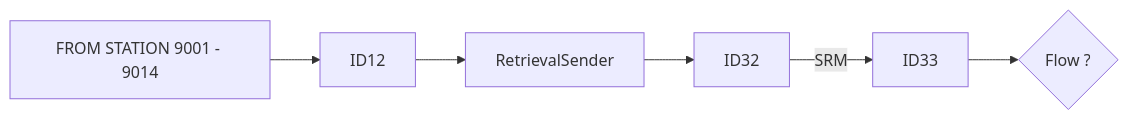
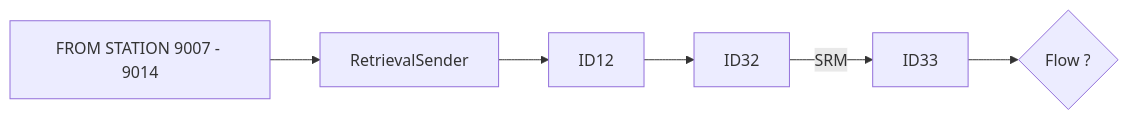
One commit to luthfiadityaa/SimeDarby-Wiki changed the first of 19 diagrams in Basic-Design/DFD-WMS/Retrieval/Transfer-Setting/Ambient-to-Tempering.md. Above: the diagram before and after it, drawn with Mermaid. The commit also changed other lines of this file, not shown here.

Commit message:
Updated Ambient to Tempering

```diff
--- a/Basic-Design/DFD-WMS/Retrieval/Transfer-Setting/Ambient-to-Tempering.md
+++ b/Basic-Design/DFD-WMS/Retrieval/Transfer-Setting/Ambient-to-Tempering.md
@@ -10,5 +10,5 @@
 ::: mermaid
 flowchart LR
 
-P1[FROM STATION 9001 - 9014]-->P2[ID12]-->P3[RetrievalSender]-->P4[ID32]-->|SRM|P5[ID33]-->Cond1{Flow ?} 
+P1[FROM STATION 9007 - 9014]-->P2[RetrievalSender]-->P3[ID12]-->P4[ID32]-->|SRM|P5[ID33]-->Cond1{Flow ?} 
 :::
```
